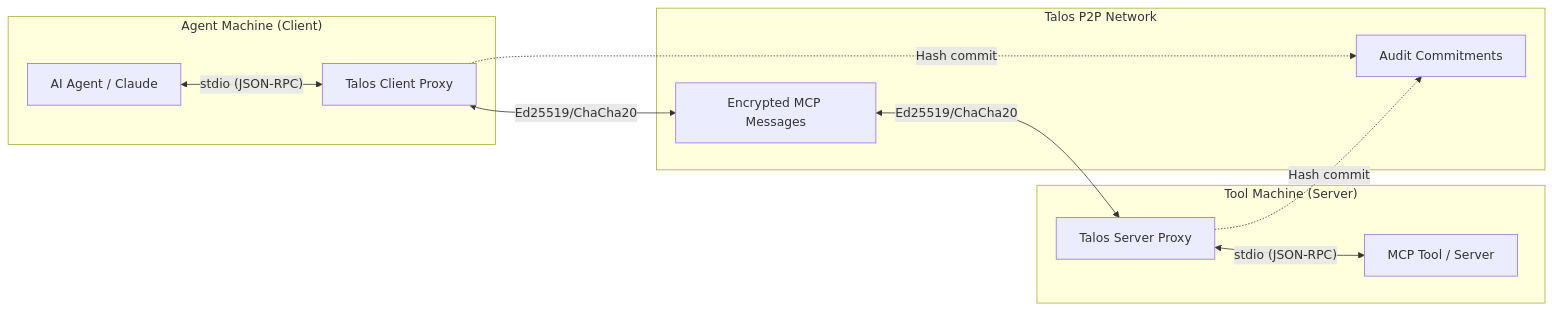
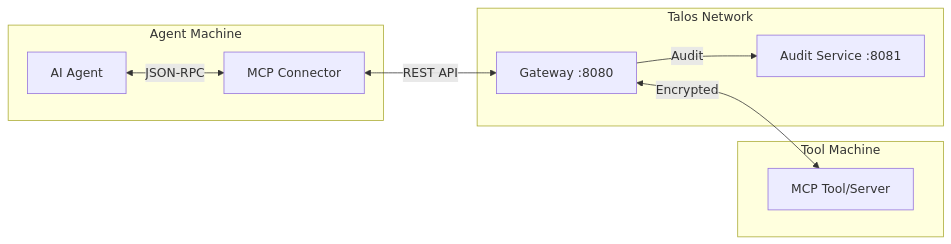
The diagram in docs/wiki/MCP-Integration.md (talosprotocol/talos), drawn with Mermaid before and after one commit. The commit also changed other lines of this file and 1 other file, not shown here.

First line of the commit message:
docs: update MCP-Integration.md and Audit-Explorer.md for v4.0

````diff
--- a/docs/wiki/MCP-Integration.md
+++ b/docs/wiki/MCP-Integration.md
@@ -16,24 +18,21 @@
 ```mermaid
 graph LR
-    subgraph "Agent Machine (Client)"
-        Agent[AI Agent / Claude]
-        CP[Talos Client Proxy]
+    subgraph "Agent Machine"
+        Agent[AI Agent]
+        CP[MCP Connector]
     end
     
-    subgraph "Talos P2P Network"
-        Msg[Encrypted MCP Messages]
-        Audit[Audit Commitments]
+    subgraph "Talos Network"
+        GW[Gateway :8080]
+        Audit[Audit Service :8081]
     end
     
-    subgraph "Tool Machine (Server)"
-        SP[Talos Server Proxy]
-        Tool[MCP Tool / Server]
+    subgraph "Tool Machine"
+        Tool[MCP Tool/Server]
     end
     
-    Agent <-->|"stdio (JSON-RPC)"| CP
-    CP <-->|"Ed25519/ChaCha20"| Msg
-    Msg <-->|"Ed25519/ChaCha20"| SP
-    SP <-->|"stdio (JSON-RPC)"| Tool
-    CP -.->|"Hash commit"| Audit
-    SP -.->|"Hash commit"| Audit
+    Agent <-->|"JSON-RPC"| CP
+    CP <-->|"REST API"| GW
+    GW -->|"Audit"| Audit
+    GW <-->|"Encrypted"| Tool
 ```
````
